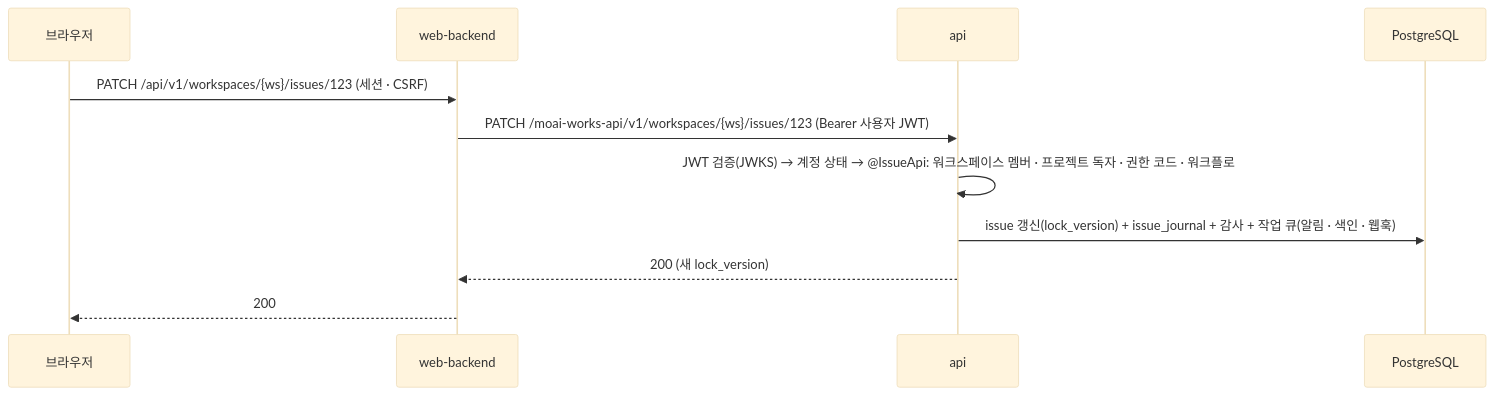
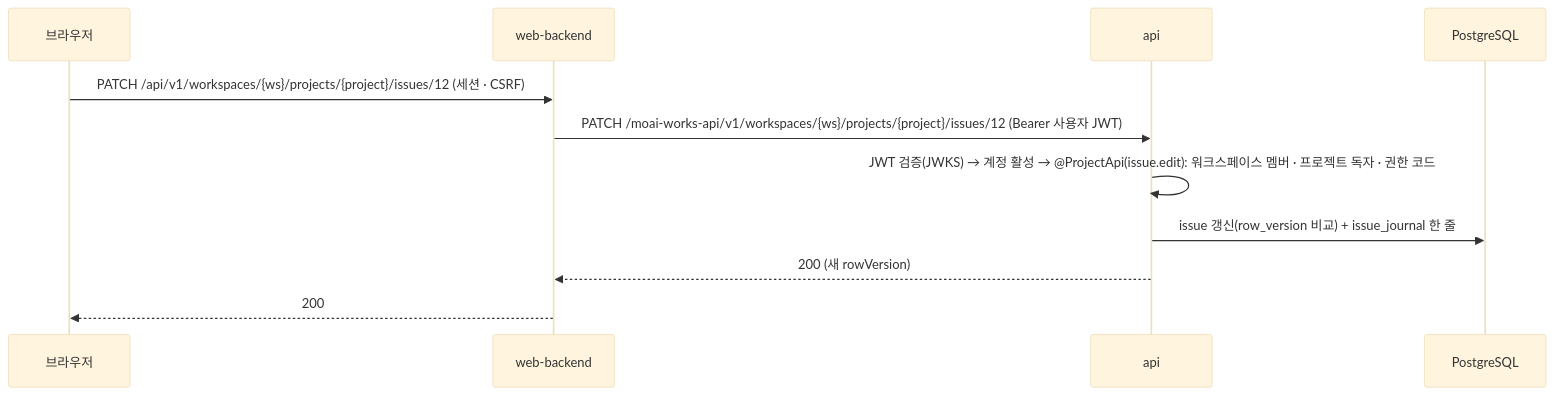
The first of 2 diagrams in docs/design/01-architecture.md (Gnori/moai-works), drawn with Mermaid (base theme) before and after one commit. The commit also changed other lines of this file and 59 other files, not shown here.

First line of the commit message:
docs: moai-wiki 와 같은 구조로 다시 정리 — 위키 → 프로젝트, 페이지 → 일감

````diff
--- a/docs/design/01-architecture.md
+++ b/docs/design/01-architecture.md
@@ -57,13 +74,13 @@
 ```mermaid
 sequenceDiagram
     participant U as 브라우저
     participant B as web-backend
     participant A as api
     participant DB as PostgreSQL
-    U->>B: PATCH /api/v1/workspaces/{ws}/issues/123 (세션 · CSRF)
-    B->>A: PATCH /moai-works-api/v1/workspaces/{ws}/issues/123 (Bearer 사용자 JWT)
-    A->>A: JWT 검증(JWKS) → 계정 상태 → @IssueApi: 워크스페이스 멤버 · 프로젝트 독자 · 권한 코드 · 워크플로
-    A->>DB: issue 갱신(lock_version) + issue_journal + 감사 + 작업 큐(알림 · 색인 · 웹훅)
-    A-->>B: 200 (새 lock_version)
+    U->>B: PATCH /api/v1/workspaces/{ws}/projects/{project}/issues/12 (세션 · CSRF)
+    B->>A: PATCH /moai-works-api/v1/workspaces/{ws}/projects/{project}/issues/12 (Bearer 사용자 JWT)
+    A->>A: JWT 검증(JWKS) → 계정 활성 → @ProjectApi(issue.edit): 워크스페이스 멤버 · 프로젝트 독자 · 권한 코드
+    A->>DB: issue 갱신(row_version 비교) + issue_journal 한 줄
+    A-->>B: 200 (새 rowVersion)
     B-->>U: 200
 ```
````
